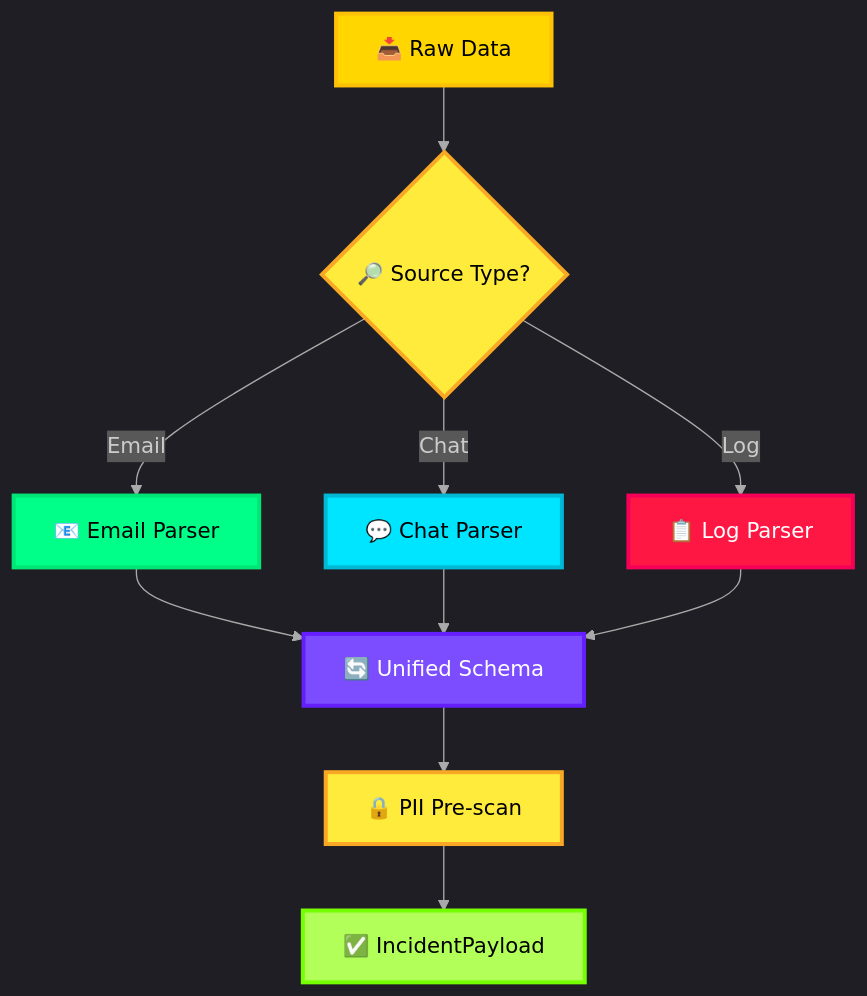
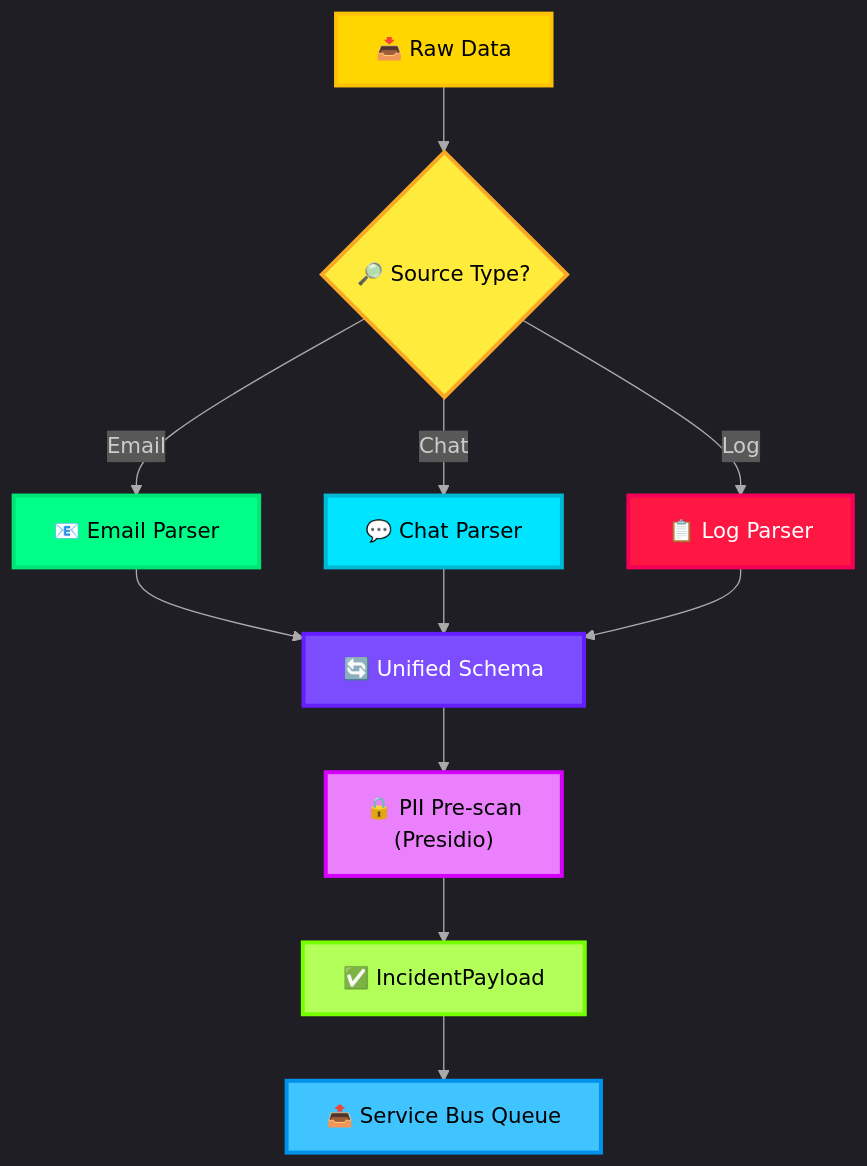
The diagram in docs/01-input-layer.md (thanhauco/agentic-ai-icm-system), drawn with Mermaid before and after one commit. The commit also changed other lines of this file and 1 other file, not shown here.

````diff
--- a/docs/01-input-layer.md
+++ b/docs/01-input-layer.md
@@ -21,20 +9,22 @@
 ```mermaid
 %%{init: {'theme': 'dark', 'themeVariables': {'lineColor': '#AAAAAA'}}}%%
 graph TD
     A["📥 Raw Data"] --> B{"🔎 Source Type?"}
     B -->|Email| C["📧 Email Parser"]
     B -->|Chat| D["💬 Chat Parser"]
     B -->|Log| E["📋 Log Parser"]
     C & D & E --> F["🔄 Unified Schema"]
-    F --> G["🔒 PII Pre-scan"]
+    F --> G["🔒 PII Pre-scan<br>(Presidio)"]
     G --> H["✅ IncidentPayload"]
+    H --> I["📤 Service Bus Queue"]
 
     style A fill:#FFD600,stroke:#FFC107,stroke-width:3px,color:#000
     style B fill:#FFEB3B,stroke:#F9A825,stroke-width:3px,color:#000
     style C fill:#00FF88,stroke:#00E676,stroke-width:3px,color:#000
     style D fill:#00E5FF,stroke:#00B8D4,stroke-width:3px,color:#000
     style E fill:#FF1744,stroke:#F50057,stroke-width:3px,color:#fff
     style F fill:#7C4DFF,stroke:#651FFF,stroke-width:3px,color:#fff
-    style G fill:#FFEB3B,stroke:#F9A825,stroke-width:3px,color:#000
+    style G fill:#EA80FC,stroke:#D500F9,stroke-width:3px,color:#000
     style H fill:#B2FF59,stroke:#76FF03,stroke-width:3px,color:#000
+    style I fill:#40C4FF,stroke:#0091EA,stroke-width:3px,color:#000
 ```
````
